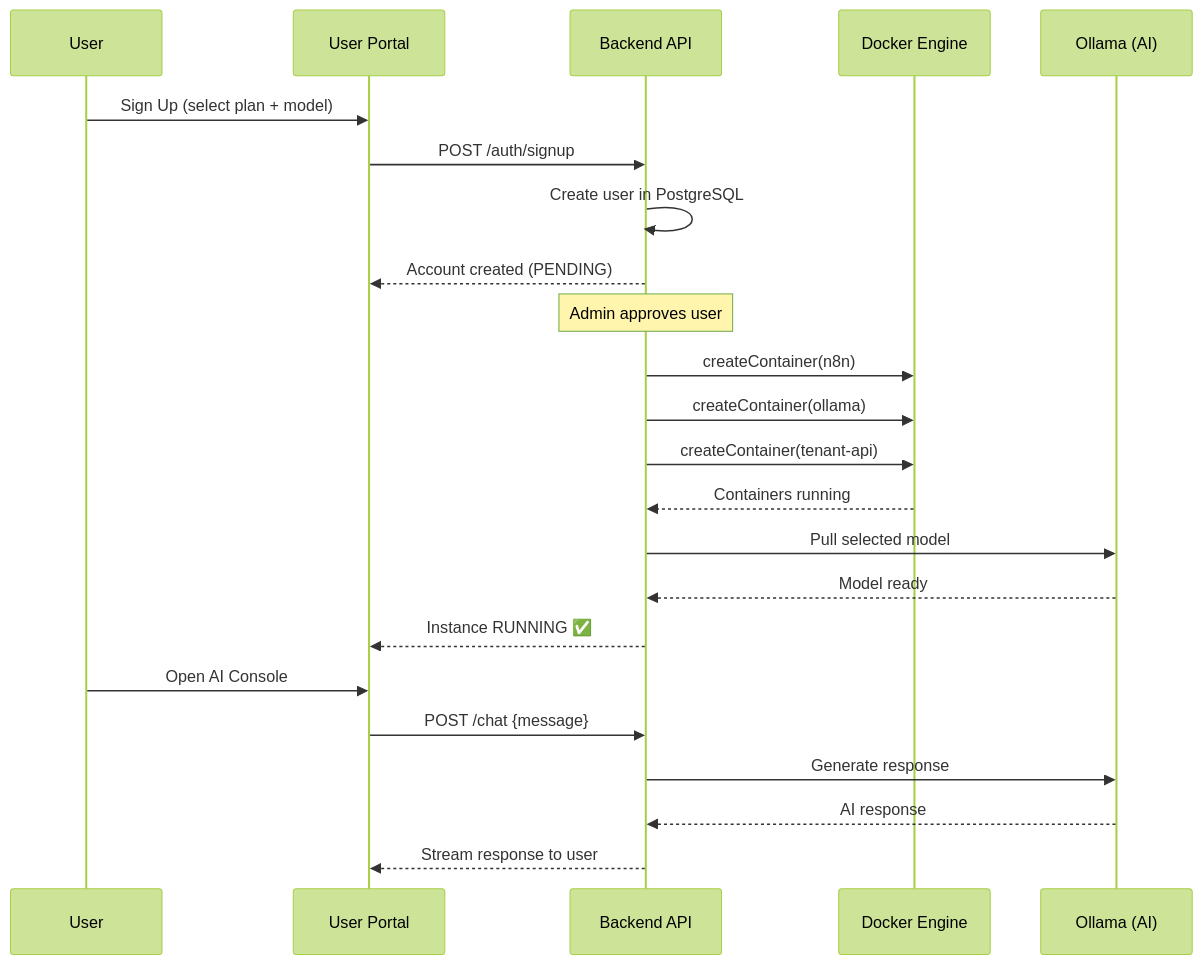
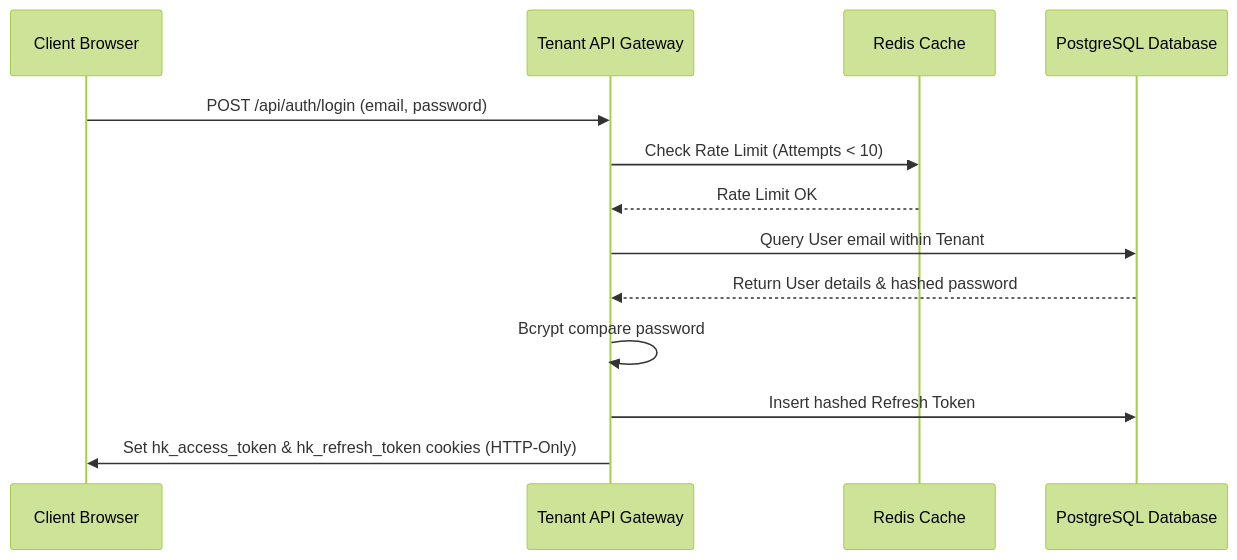
The second of 4 diagrams in harikson/README.md (ashishtomarnet123-oss/harikson), drawn with Mermaid (forest theme) before and after one commit. The commit also changed other lines of this file and 1 other file, not shown here.

````diff
--- a/harikson/README.md
+++ b/harikson/README.md
@@ -147,29 +150,16 @@
 ```mermaid
 sequenceDiagram
-    participant User
-    participant Portal as User Portal
-    participant API as Backend API
-    participant Docker as Docker Engine
-    participant Ollama as Ollama (AI)
+    participant User as Client Browser
+    participant API as Tenant API Gateway
+    participant Redis as Redis Cache
+    participant DB as PostgreSQL Database
 
-    User->>Portal: Sign Up (select plan + model)
-    Portal->>API: POST /auth/signup
-    API->>API: Create user in PostgreSQL
-    API-->>Portal: Account created (PENDING)
-
-    Note over API: Admin approves user
-
-    API->>Docker: createContainer(n8n)
-    API->>Docker: createContainer(ollama)
-    API->>Docker: createContainer(tenant-api)
-    Docker-->>API: Containers running
-    API->>Ollama: Pull selected model
-    Ollama-->>API: Model ready
-    API-->>Portal: Instance RUNNING ✅
-
-    User->>Portal: Open AI Console
-    Portal->>API: POST /chat {message}
-    API->>Ollama: Generate response
-    Ollama-->>API: AI response
-    API-->>Portal: Stream response to user
+    User->>API: POST /api/auth/login (email, password)
+    API->>Redis: Check Rate Limit (Attempts < 10)
+    Redis-->>API: Rate Limit OK
+    API->>DB: Query User email within Tenant
+    DB-->>API: Return User details & hashed password
+    API->>API: Bcrypt compare password
+    API->>DB: Insert hashed Refresh Token
+    API->>User: Set hk_access_token & hk_refresh_token cookies (HTTP-Only)
 ```
````
